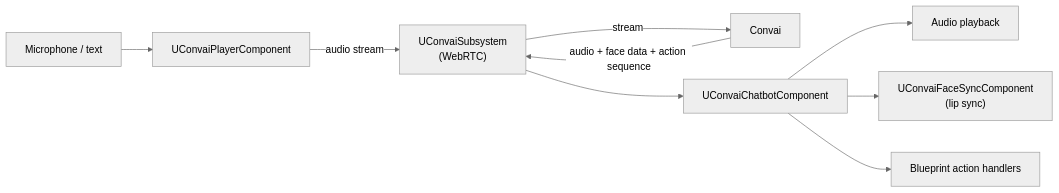
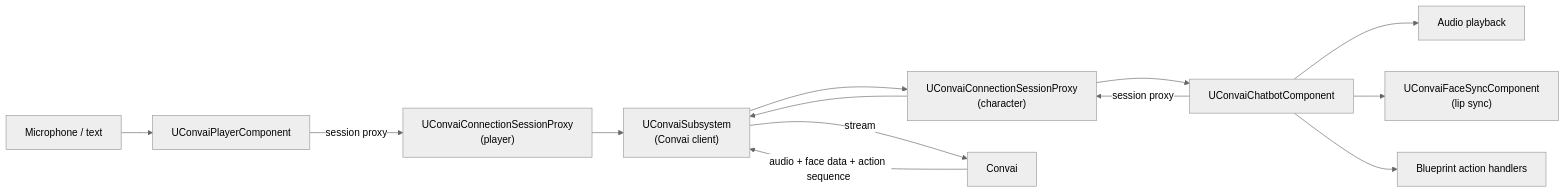
The diagram in plugins-and-integrations/convai-unreal-engine-plugin/overview/what-is-the-convai-unreal-plugin.md (Conv-AI/Convai-Documentation), drawn with Mermaid (neutral theme) before and after one commit. The commit also changed other lines of this file and 54 other files, not shown here.

````diff
--- a/plugins-and-integrations/convai-unreal-engine-plugin/overview/what-is-the-convai-unreal-plugin.md
+++ b/plugins-and-integrations/convai-unreal-engine-plugin/overview/what-is-the-convai-unreal-plugin.md
@@ -47,11 +47,15 @@
 ```mermaid
 graph LR
-    MIC["Microphone / text"] --> PC[UConvaiPlayerComponent]
-    PC -->|"audio stream"| SS["UConvaiSubsystem<br/>(WebRTC)"]
-    SS -->|"stream"| CV[Convai]
+    MIC["Microphone / text"] --> PC["UConvaiPlayerComponent"]
+    PC -->|"session proxy"| PProxy["UConvaiConnectionSessionProxy<br/>(player)"]
+    Chatbot["UConvaiChatbotComponent"] -->|"session proxy"| CProxy["UConvaiConnectionSessionProxy<br/>(character)"]
+    PProxy --> SS["UConvaiSubsystem<br/>(Convai client)"]
+    CProxy --> SS
+    SS -->|"stream"| CV["Convai"]
     CV -->|"audio + face data + action sequence"| SS
-    SS --> CB[UConvaiChatbotComponent]
-    CB --> AUD["Audio playback"]
-    CB --> FS["UConvaiFaceSyncComponent<br/>(lip sync)"]
-    CB --> BH["Blueprint action handlers"]
+    SS --> CProxy
+    CProxy --> Chatbot
+    Chatbot --> AUD["Audio playback"]
+    Chatbot --> FS["UConvaiFaceSyncComponent<br/>(lip sync)"]
+    Chatbot --> BH["Blueprint action handlers"]
 ```
````
